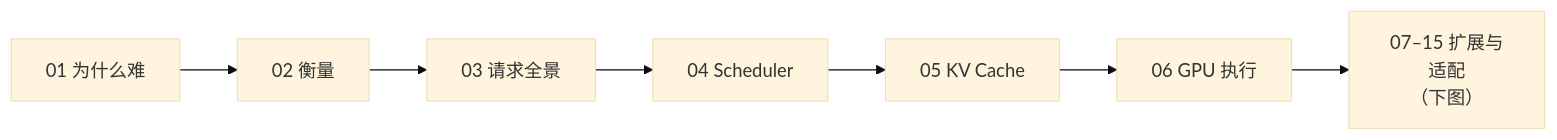
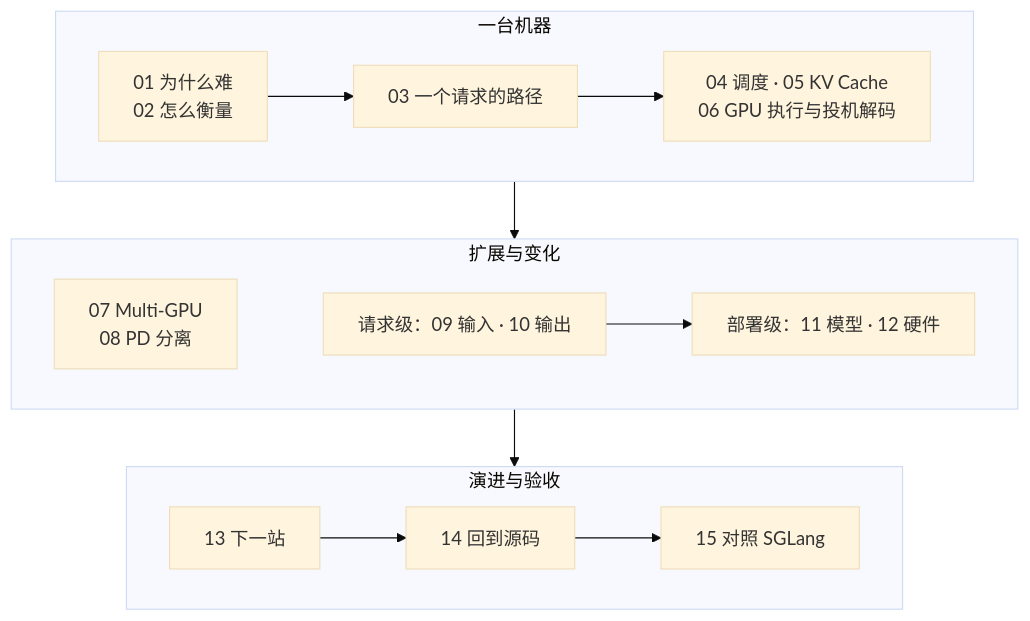
The first of 3 diagrams in slides/2026-08-25-deep-dive-into-vllm.md (arganzheng/arganzheng.github.com), drawn with Mermaid (base theme) before and after one commit. The commit also changed other lines of this file and 1 other file, not shown here.

````diff
--- a/slides/2026-08-25-deep-dive-into-vllm.md
+++ b/slides/2026-08-25-deep-dive-into-vllm.md
@@ -60,5 +60,17 @@
 ```mermaid
-%%{init: {"flowchart": {"wrappingWidth": 110}}}%%
-flowchart LR
-    A["01 为什么难"] --> B["02 衡量"] --> C["03 请求全景"] --> D["04 Scheduler"] --> E["05 KV Cache"] --> F["06 GPU 执行"] --> NX["07–15 扩展与适配<br/>（下图）"]
+%%{init: {"flowchart": {"wrappingWidth": 300}}}%%
+flowchart TB
+    subgraph S1["一台机器"]
+        direction LR
+        A["01 为什么难<br/>02 怎么衡量"] --> B["03 一个请求的路径"] --> C["04 调度 · 05 KV Cache<br/>06 GPU 执行与投机解码"]
+    end
+    subgraph S2["扩展与变化"]
+        direction LR
+        D["07 Multi-GPU<br/>08 PD 分离"] ~~~ E["请求级：09 输入 · 10 输出"] --> F["部署级：11 模型 · 12 硬件"]
+    end
+    subgraph S3["演进与验收"]
+        direction LR
+        G["13 下一站"] --> H["14 回到源码"] --> I["15 对照 SGLang"]
+    end
+    S1 --> S2 --> S3
 ```
````
